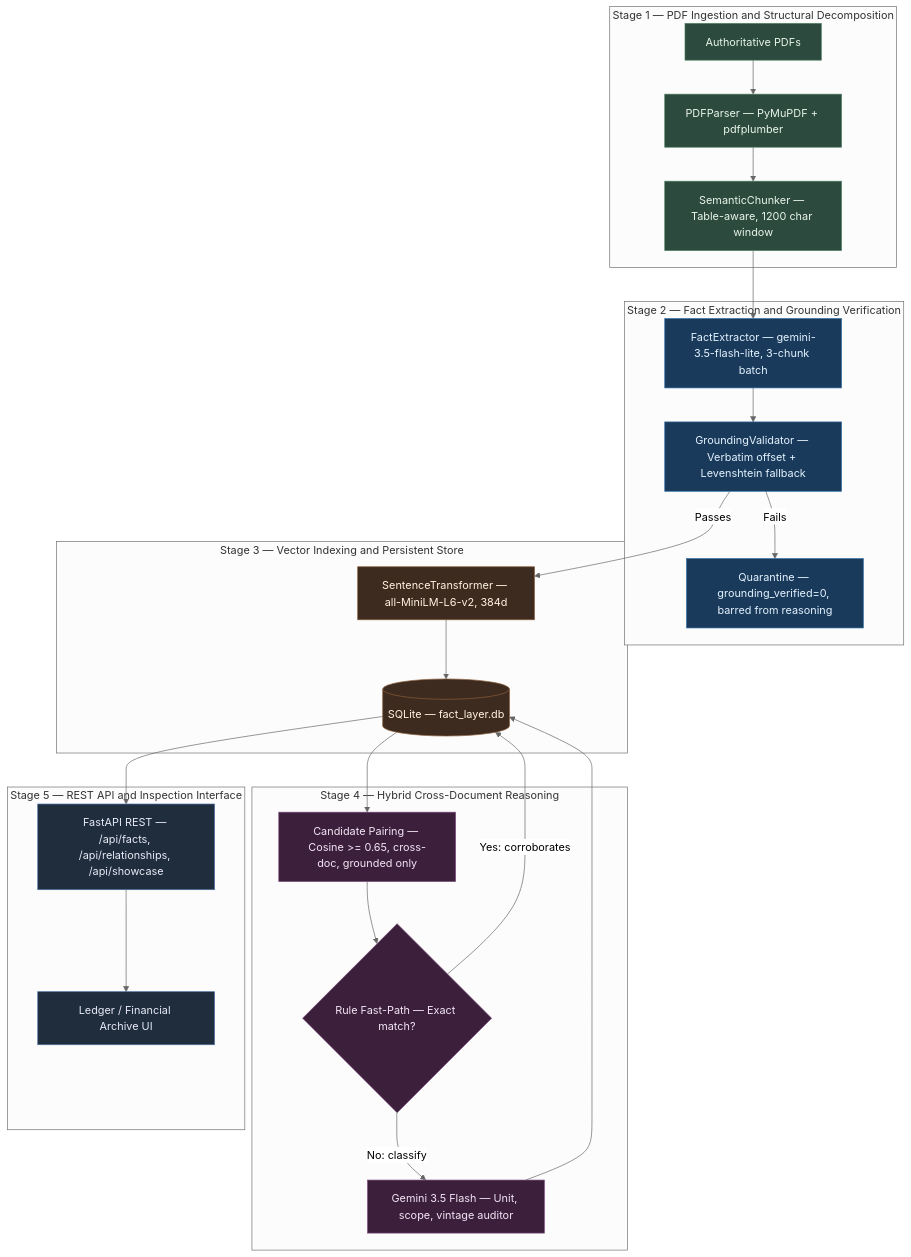
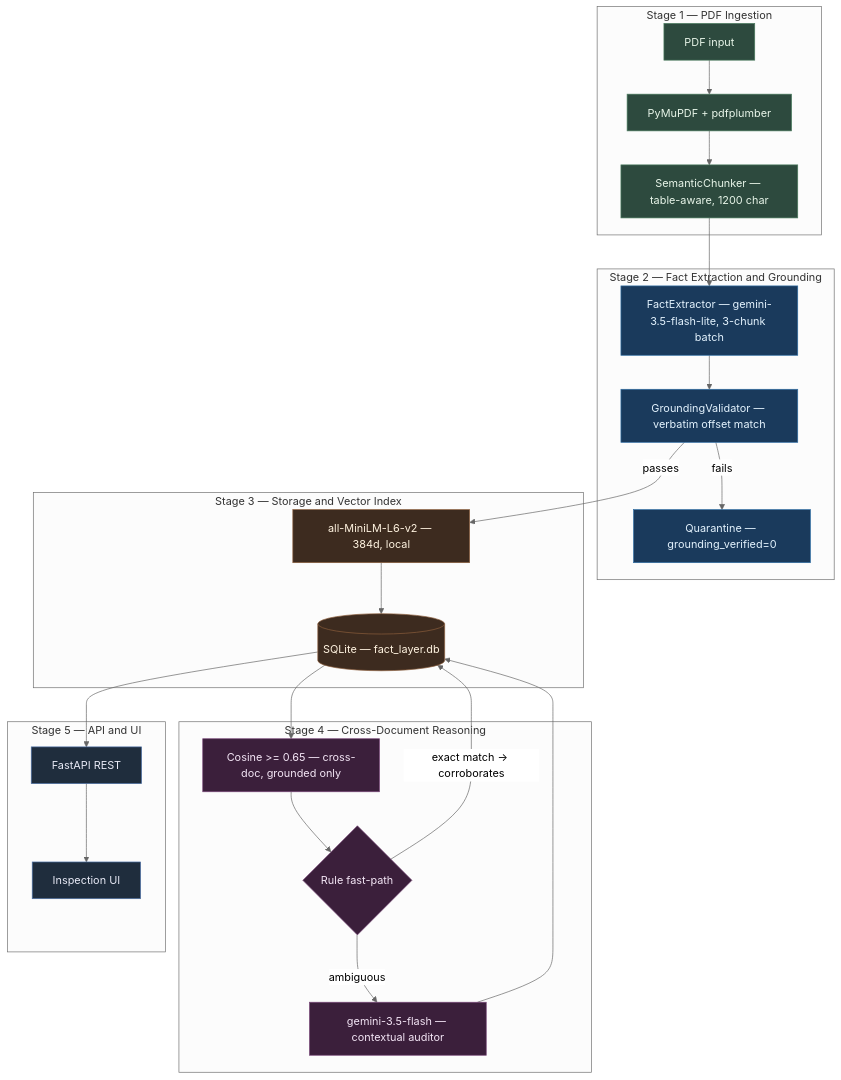
One commit to notaanidhya/SuperJoin_Project changed the diagram in README.md. Above: the diagram before and after it, drawn with Mermaid (neutral theme). The commit also changed other lines of this file, not shown here.

Commit message:
docs: complete README rewrite - all required sections, human tone, next steps

````diff
--- a/README.md
+++ b/README.md
@@ -32,44 +173,44 @@
 ```mermaid
 flowchart TD
     classDef ingestion fill:#2D4A3E,stroke:#4A7C5F,color:#E8F5E9
     classDef extraction fill:#1A3A5C,stroke:#2E6DA4,color:#E3F2FD
     classDef storage fill:#3D2B1F,stroke:#8B5E3C,color:#FFF3E0
     classDef reasoning fill:#3B1F3B,stroke:#7B4A7B,color:#F3E5F5
     classDef delivery fill:#1F2D3D,stroke:#4A6FA5,color:#E8EAF6
 
-    subgraph Ingestion ["Stage 1 — PDF Ingestion and Structural Decomposition"]
-        PDF["Authoritative PDFs"]:::ingestion
-        Parser["PDFParser — PyMuPDF + pdfplumber"]:::ingestion
-        Chunker["SemanticChunker — Table-aware, 1200 char window"]:::ingestion
+    subgraph Ingestion ["Stage 1 — PDF Ingestion"]
+        PDF["PDF input"]:::ingestion
+        Parser["PyMuPDF + pdfplumber"]:::ingestion
+        Chunker["SemanticChunker — table-aware, 1200 char"]:::ingestion
         PDF --> Parser --> Chunker
     end
 
-    subgraph Extraction ["Stage 2 — Fact Extraction and Grounding Verification"]
+    subgraph Extraction ["Stage 2 — Fact Extraction and Grounding"]
         Extractor["FactExtractor — gemini-3.5-flash-lite, 3-chunk batch"]:::extraction
-        Validator["GroundingValidator — Verbatim offset + Levenshtein fallback"]:::extraction
-        Quarantine["Quarantine — grounding_verified=0, barred from reasoning"]:::extraction
+        Validator["GroundingValidator — verbatim offset match"]:::extraction
+        Quarantine["Quarantine — grounding_verified=0"]:::extraction
         Chunker --> Extractor --> Validator
-        Validator -- "Fails" --> Quarantine
+        Validator -- "fails" --> Quarantine
     end
 
-    subgraph Storage ["Stage 3 — Vector Indexing and Persistent Store"]
-        Embedder["SentenceTransformer — all-MiniLM-L6-v2, 384d"]:::storage
+    subgraph Storage ["Stage 3 — Storage and Vector Index"]
+        Embedder["all-MiniLM-L6-v2 — 384d, local"]:::storage
         DB[("SQLite — fact_layer.db")]:::storage
-        Validator -- "Passes" --> Embedder --> DB
+        Validator -- "passes" --> Embedder --> DB
     end
 
-    subgraph Reasoning ["Stage 4 — Hybrid Cross-Document Reasoning"]
-        Pairing["Candidate Pairing — Cosine >= 0.65, cross-doc, grounded only"]:::reasoning
-        FastPath{"Rule Fast-Path — Exact match?"}:::reasoning
-        LLMReasoning["Gemini 3.5 Flash — Unit, scope, vintage auditor"]:::reasoning
+    subgraph Reasoning ["Stage 4 — Cross-Document Reasoning"]
+        Pairing["Cosine >= 0.65 — cross-doc, grounded only"]:::reasoning
+        FastPath{"Rule fast-path"}:::reasoning
+        LLM["gemini-3.5-flash — contextual auditor"]:::reasoning
         DB --> Pairing --> FastPath
-        FastPath -- "Yes: corroborates" --> DB
-        FastPath -- "No: classify" --> LLMReasoning --> DB
+        FastPath -- "exact match → corroborates" --> DB
+        FastPath -- "ambiguous" --> LLM --> DB
     end
 
-    subgraph Delivery ["Stage 5 — REST API and Inspection Interface"]
-        API["FastAPI REST — /api/facts, /api/relationships, /api/showcase"]:::delivery
-        UI["Ledger / Financial Archive UI"]:::delivery
+    subgraph Delivery ["Stage 5 — API and UI"]
+        API["FastAPI REST"]:::delivery
+        UI["Inspection UI"]:::delivery
         DB --> API --> UI
     end
 ```
````
